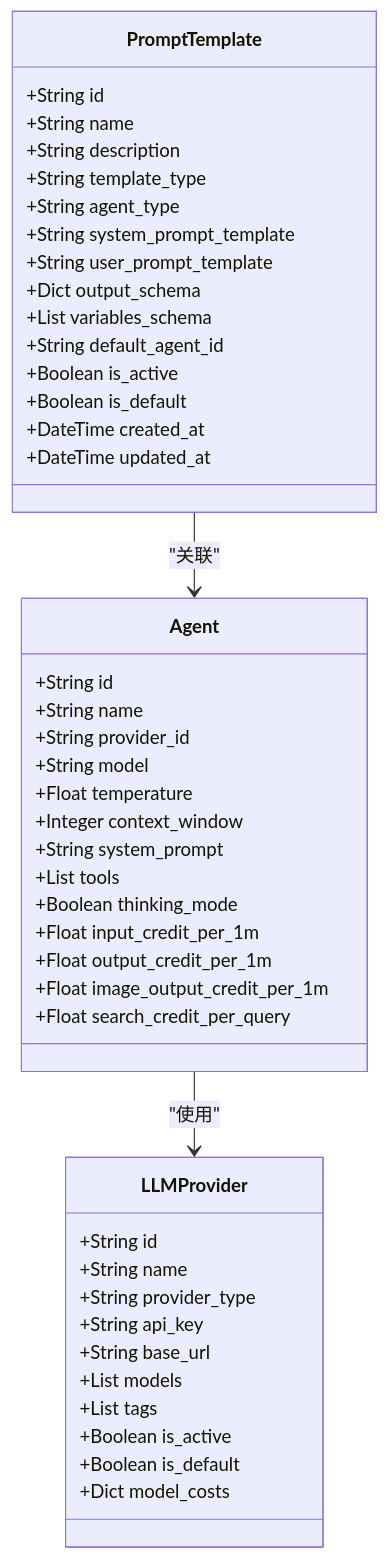
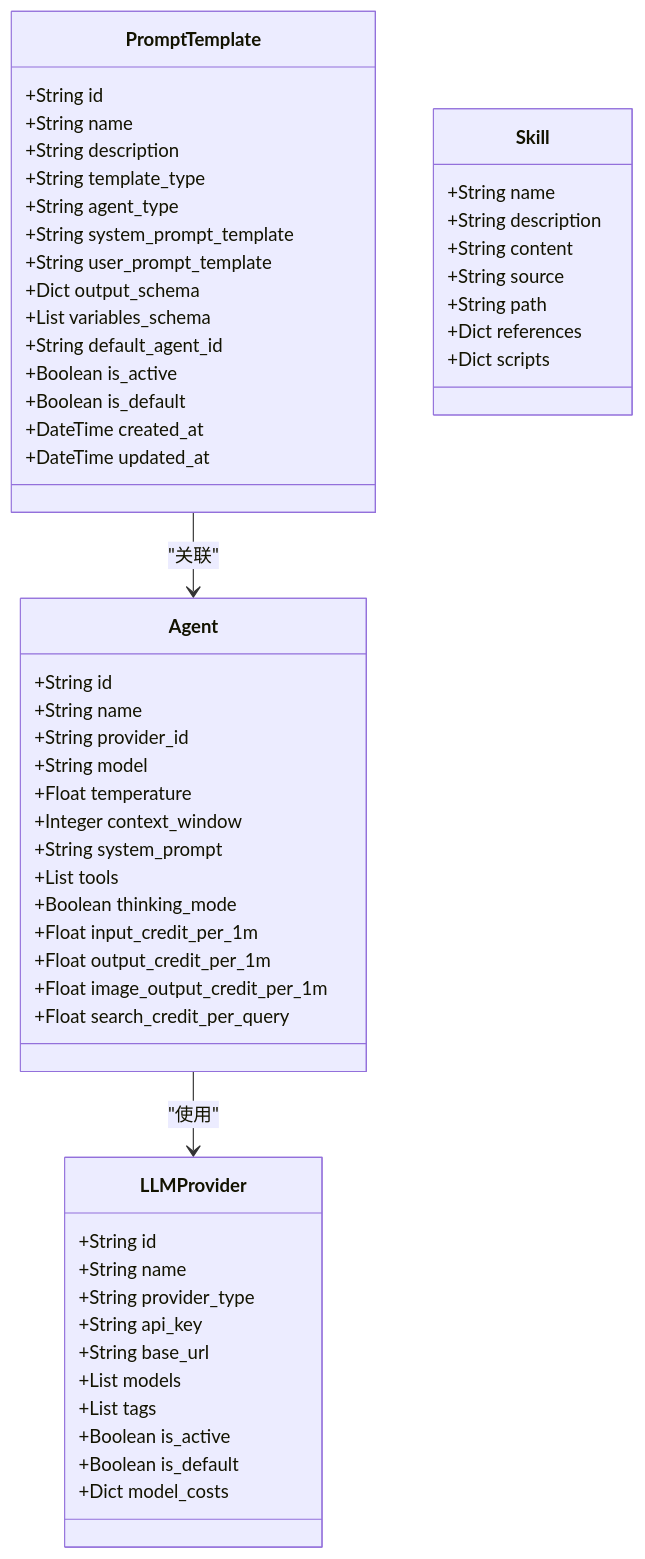
Before and after one commit to KunLabAI/KunFlix: the second of 11 diagrams in .qoder/repowiki/zh/content/后台管理系统/提示词模板管理系统.md, drawn with Mermaid. The commit also changed other lines of this file and 18 other files, not shown here.

````diff
--- a/.qoder/repowiki/zh/content/后台管理系统/提示词模板管理系统.md
+++ b/.qoder/repowiki/zh/content/后台管理系统/提示词模板管理系统.md
@@ -95,48 +122,57 @@
 ```mermaid
 classDiagram
 class PromptTemplate {
 +String id
 +String name
 +String description
 +String template_type
 +String agent_type
 +String system_prompt_template
 +String user_prompt_template
 +Dict output_schema
 +List variables_schema
 +String default_agent_id
 +Boolean is_active
 +Boolean is_default
 +DateTime created_at
 +DateTime updated_at
 }
 class Agent {
 +String id
 +String name
 +String provider_id
 +String model
 +Float temperature
 +Integer context_window
 +String system_prompt
 +List tools
 +Boolean thinking_mode
 +Float input_credit_per_1m
 +Float output_credit_per_1m
 +Float image_output_credit_per_1m
 +Float search_credit_per_query
 }
 class LLMProvider {
 +String id
 +String name
 +String provider_type
 +String api_key
 +String base_url
 +List models
 +List tags
 +Boolean is_active
 +Boolean is_default
 +Dict model_costs
 }
+class Skill {
++String name
++String description
++String content
++String source
++String path
++Dict references
++Dict scripts
+}
 PromptTemplate --> Agent : "关联"
 Agent --> LLMProvider : "使用"
 ```
````
